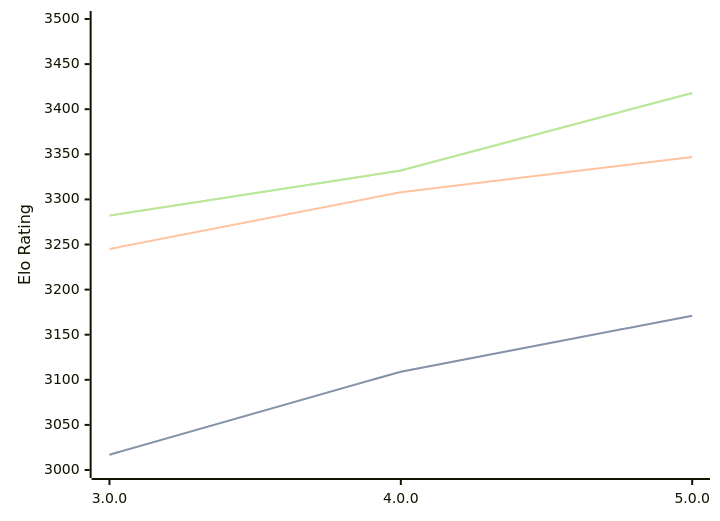
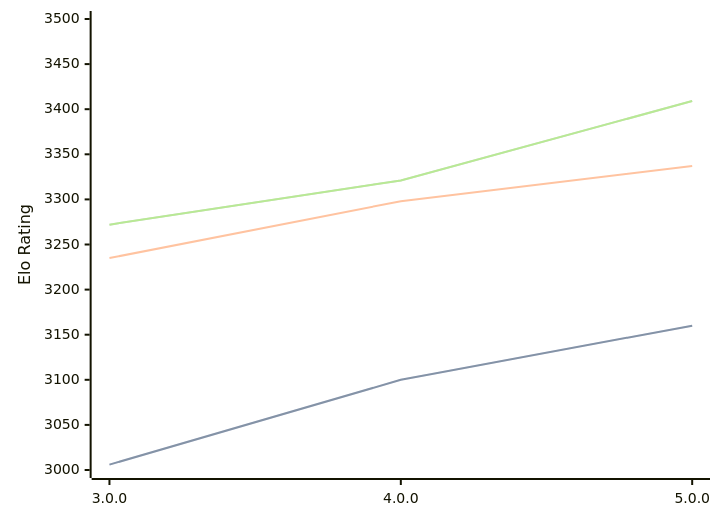
One commit to computer-chess-index/cci changed the diagram in engines/Minke.md. Above: the diagram before and after it, drawn with Mermaid. The commit also changed other lines of this file, not shown here.

Commit message:
Update CCI Ratings (ELO VLTC) - 2026-03-19

````diff
--- a/engines/Minke.md
+++ b/engines/Minke.md
@@ -33,11 +33,11 @@
 ```mermaid
 %%{init: {"theme":"base","themeVariables":{"seriesColors:['#a3a3a3','#222221','#faa371']}}}%%
 xychart-beta
   x-axis ["3.0.0", "4.0.0", "5.0.0"]
   y-axis "Elo Rating" 3000 --> 3500
-  line "STC (8.0+0.08s)" [3017, 3109, 3171]
-  line "STC (8.0+0.08s)" [3017, 3109, 3171]
-  line "LTC (60.0+0.60s)" [3245, 3308, 3347]
-  line "VLTC (2m24s+1.12s)" [3282, 3332, 3418]
-  line "VLTC (2m24s+1.12s)" [3282, 3332, 3418]
+  line "STC (8.0+0.08s)" [3006, 3100, 3160]
+  line "STC (8.0+0.08s)" [3006, 3100, 3160]
+  line "LTC (60.0+0.60s)" [3235, 3298, 3337]
+  line "VLTC (2m24s+1.12s)" [3272, 3321, 3409]
+  line "VLTC (2m24s+1.12s)" [3272, 3321, 3409]
 ```
````
